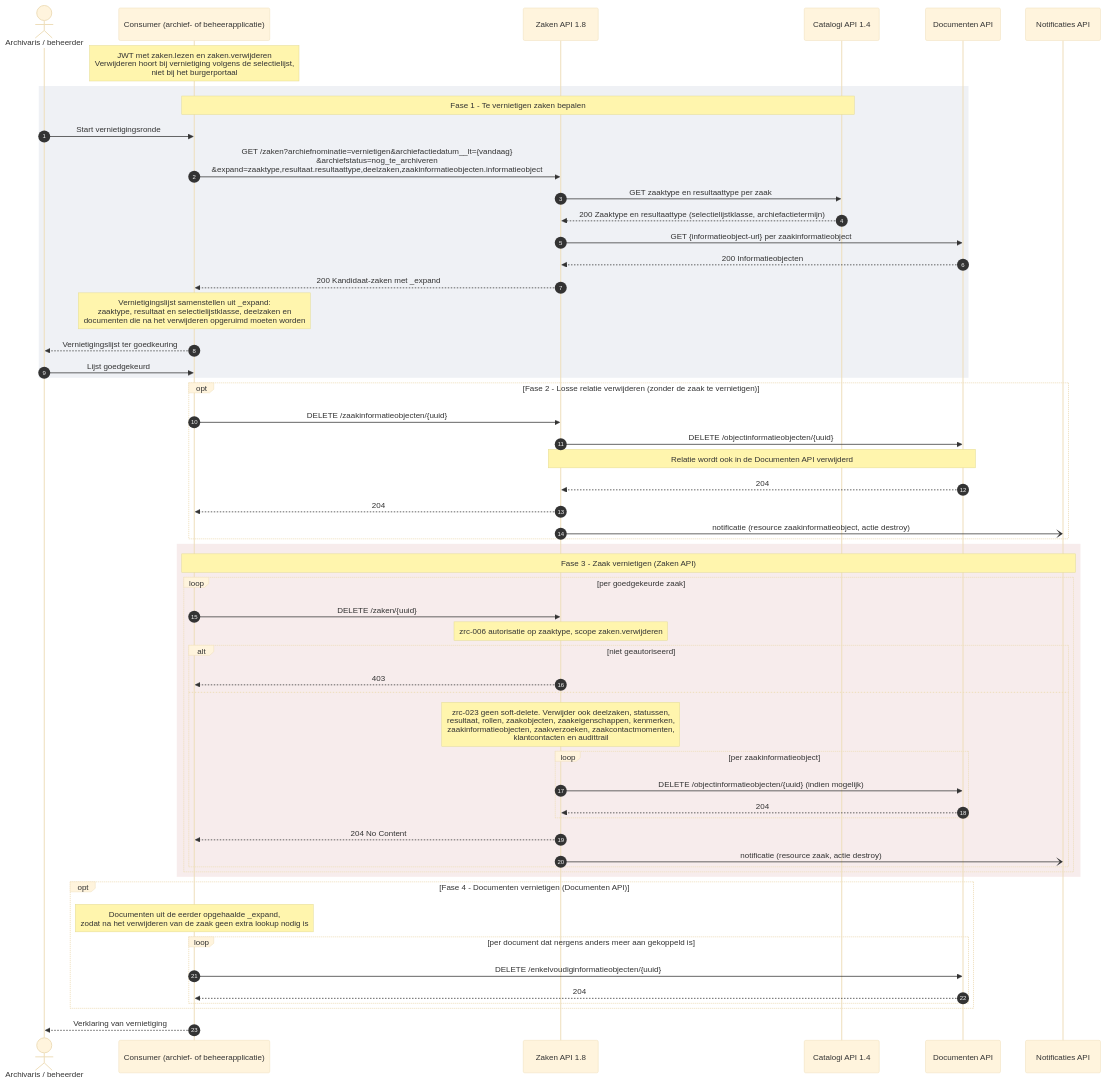
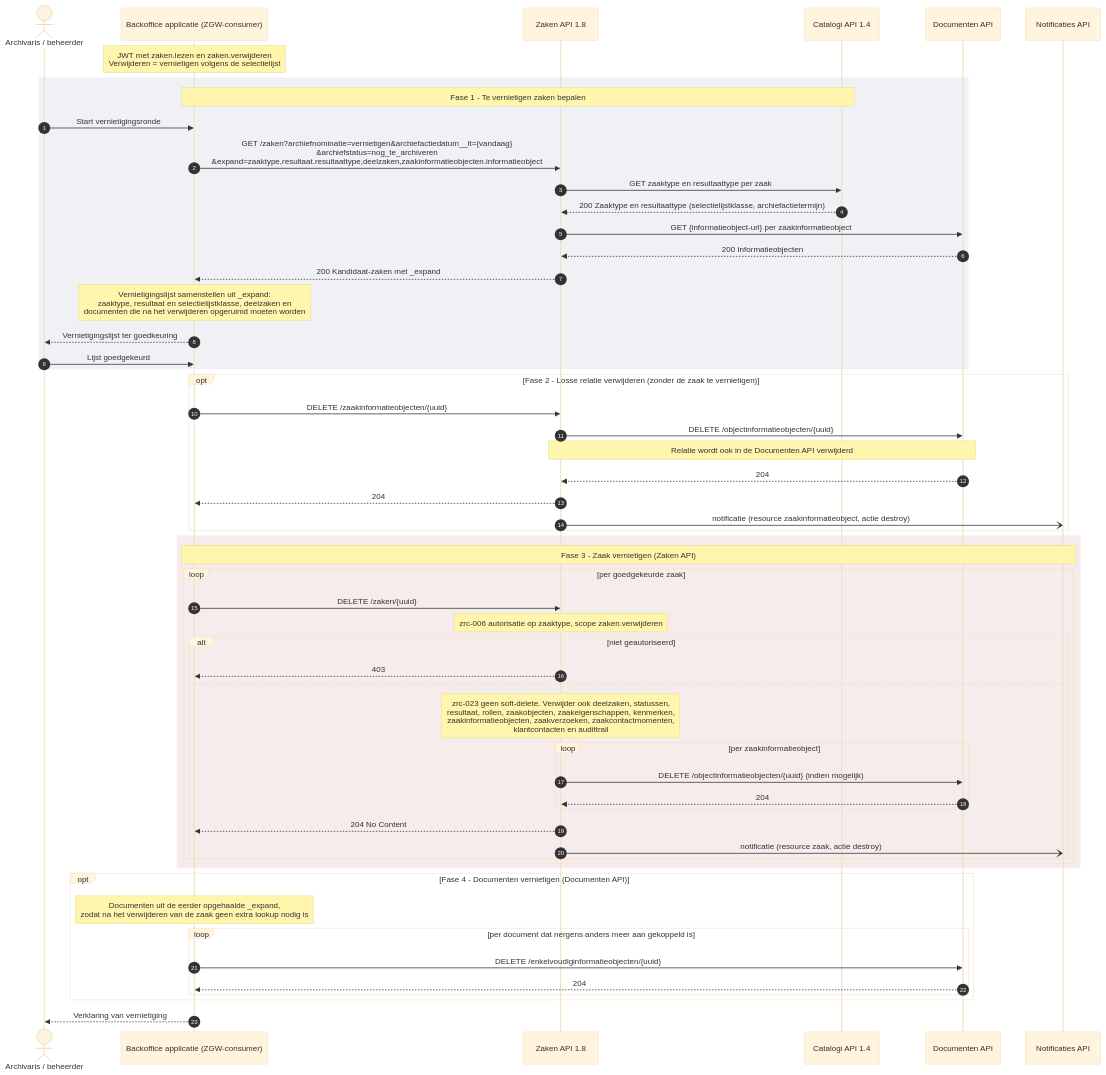
The fourth of 4 diagrams in docs/mijn-services/aansluitprofielen/zgw.md (VNG-Realisatie/mijn-services-documentatie), drawn with Mermaid (base theme) before and after one commit. The commit also changed other lines of this file, not shown here.

Commit message:
ZGW aansluitprofiel bijgewerkt met sequence diagrams en (functionele) uitleg per seuquence.

````diff
--- a/docs/mijn-services/aansluitprofielen/zgw.md
+++ b/docs/mijn-services/aansluitprofielen/zgw.md
@@ -312,64 +429,65 @@
 ```mermaid
 sequenceDiagram
     autonumber
     actor A as Archivaris / beheerder
-    participant MZ as Consumer (archief- of beheerapplicatie)
+    participant BO as Backoffice applicatie (ZGW-consumer)
     participant ZRC as Zaken API 1.8
     participant ZTC as Catalogi API 1.4
     participant DRC as Documenten API
     participant NRC as Notificaties API
 
-    Note over MZ: JWT met zaken.lezen en zaken.verwijderen<br/>Verwijderen hoort bij vernietiging volgens de selectielijst,<br/>niet bij het burgerportaal
+    Note over BO: JWT met zaken.lezen en zaken.verwijderen<br/>Verwijderen = vernietigen volgens de selectielijst
 
     rect rgba(120,140,170,0.12)
-    Note over MZ,ZTC: Fase 1 - Te vernietigen zaken bepalen
-    A->>MZ: Start vernietigingsronde
-    MZ->>ZRC: GET /zaken?archiefnominatie=vernietigen&archiefactiedatum__lt={vandaag}<br/>&archiefstatus=nog_te_archiveren<br/>&expand=zaaktype,resultaat.resultaattype,deelzaken,zaakinformatieobjecten.informatieobject
+    Note over BO,ZTC: Fase 1 - Te vernietigen zaken bepalen
+    A->>BO: Start vernietigingsronde
+    BO->>ZRC: GET /zaken?archiefnominatie=vernietigen&archiefactiedatum__lt={vandaag}<br/>&archiefstatus=nog_te_archiveren<br/>&expand=zaaktype,resultaat.resultaattype,deelzaken,zaakinformatieobjecten.informatieobject
     ZRC->>ZTC: GET zaaktype en resultaattype per zaak
     ZTC-->>ZRC: 200 Zaaktype en resultaattype (selectielijstklasse, archiefactietermijn)
     ZRC->>DRC: GET {informatieobject-url} per zaakinformatieobject
     DRC-->>ZRC: 200 Informatieobjecten
-    ZRC-->>MZ: 200 Kandidaat-zaken met _expand
-    Note over MZ: Vernietigingslijst samenstellen uit _expand:<br/>zaaktype, resultaat en selectielijstklasse, deelzaken en<br/>documenten die na het verwijderen opgeruimd moeten worden
-    MZ-->>A: Vernietigingslijst ter goedkeuring
-    A->>MZ: Lijst goedgekeurd
+    ZRC-->>BO: 200 Kandidaat-zaken met _expand
+    Note over BO: Vernietigingslijst samenstellen uit _expand:<br/>zaaktype, resultaat en selectielijstklasse, deelzaken en<br/>documenten die na het verwijderen opgeruimd moeten worden
+    BO-->>A: Vernietigingslijst ter goedkeuring
+    A->>BO: Lijst goedgekeurd
     end
 
     opt Fase 2 - Losse relatie verwijderen (zonder de zaak te vernietigen)
-        MZ->>ZRC: DELETE /zaakinformatieobjecten/{uuid}
+        BO->>ZRC: DELETE /zaakinformatieobjecten/{uuid}
         ZRC->>DRC: DELETE /objectinformatieobjecten/{uuid}
         Note over ZRC,DRC: Relatie wordt ook in de Documenten API verwijderd
         DRC-->>ZRC: 204
-        ZRC-->>MZ: 204
+        ZRC-->>BO: 204
         ZRC-)NRC: notificatie (resource zaakinformatieobject, actie destroy)
     end
 
     rect rgba(190,100,100,0.12)
-    Note over MZ,NRC: Fase 3 - Zaak vernietigen (Zaken API)
+    Note over BO,NRC: Fase 3 - Zaak vernietigen (Zaken API)
     loop per goedgekeurde zaak
-        MZ->>ZRC: DELETE /zaken/{uuid}
+        BO->>ZRC: DELETE /zaken/{uuid}
         Note over ZRC: zrc-006 autorisatie op zaaktype, scope zaken.verwijderen
         alt niet geautoriseerd
-            ZRC-->>MZ: 403
+            ZRC-->>BO: 403
         else
             Note over ZRC: zrc-023 geen soft-delete. Verwijder ook deelzaken, statussen,<br/>resultaat, rollen, zaakobjecten, zaakeigenschappen, kenmerken,<br/>zaakinformatieobjecten, zaakverzoeken, zaakcontactmomenten,<br/>klantcontacten en audittrail
             loop per zaakinformatieobject
                 ZRC->>DRC: DELETE /objectinformatieobjecten/{uuid} (indien mogelijk)
                 DRC-->>ZRC: 204
             end
-            ZRC-->>MZ: 204 No Content
+            ZRC-->>BO: 204 No Content
             ZRC-)NRC: notificatie (resource zaak, actie destroy)
         end
     end
     end
 
     opt Fase 4 - Documenten vernietigen (Documenten API)
-        Note over MZ: Documenten uit de eerder opgehaalde _expand,<br/>zodat na het verwijderen van de zaak geen extra lookup nodig is
+        Note over BO: Documenten uit de eerder opgehaalde _expand,<br/>zodat na het verwijderen van de zaak geen extra lookup nodig is
         loop per document dat nergens anders meer aan gekoppeld is
-            MZ->>DRC: DELETE /enkelvoudiginformatieobjecten/{uuid}
-            DRC-->>MZ: 204
+            BO->>DRC: DELETE /enkelvoudiginformatieobjecten/{uuid}
+            DRC-->>BO: 204
         end
     end
 
-    MZ-->>A: Verklaring van vernietiging
+    BO-->>A: Verklaring van vernietiging
+
 ```
````
